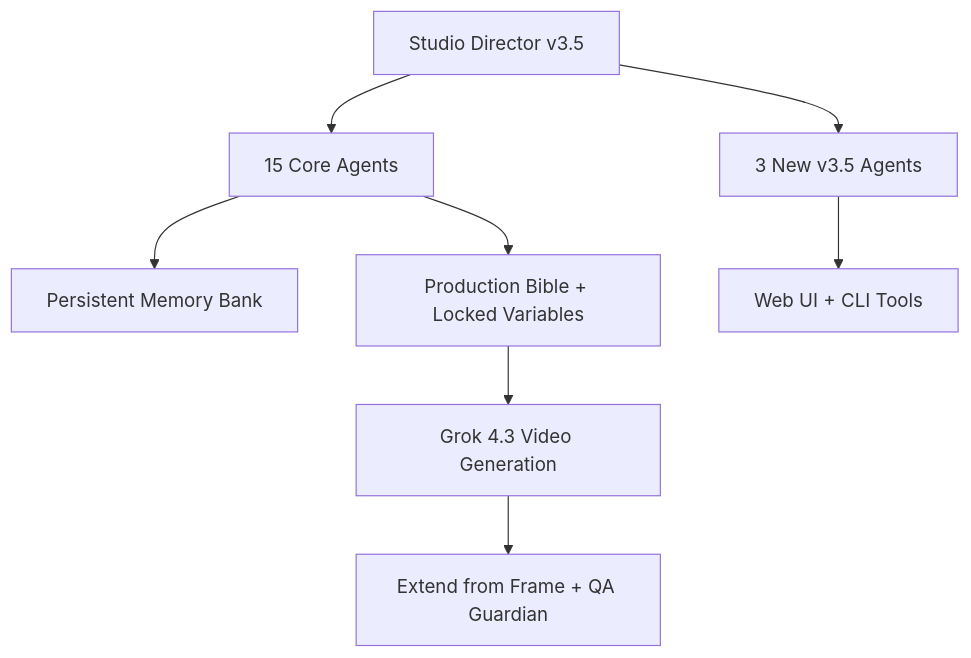
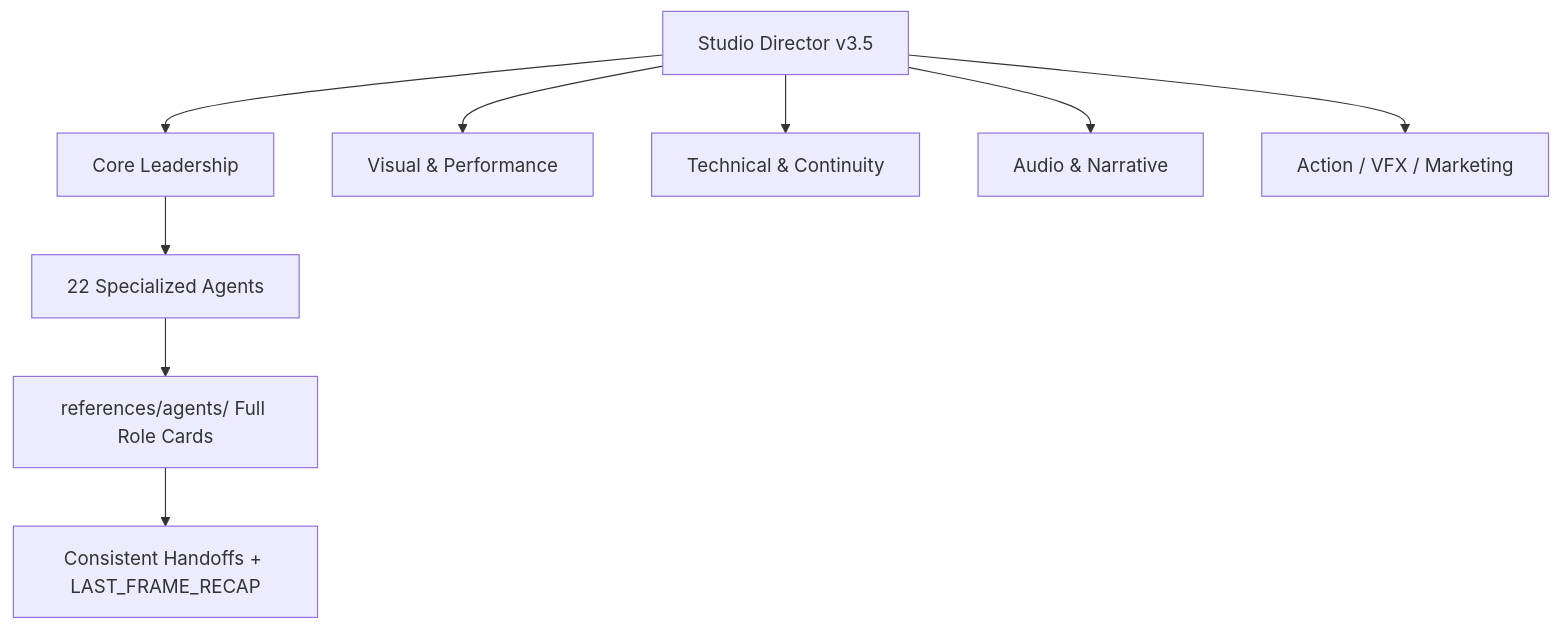
One commit to FineComputer14451/grok-imagine-cinematic-studio changed the diagram in README.md. Above: the diagram before and after it, drawn with Mermaid. The commit also changed other lines of this file, not shown here.

Commit message:
docs: Update README.md for v3.5 with correct 22-agent count, references/agents/ Role Cards, and improved quick start

````diff
--- a/README.md
+++ b/README.md
@@ -60,10 +61,11 @@
 ```mermaid
 graph TD
-    A[Studio Director v3.5] --> B[15 Core Agents]
-    A --> C[3 New v3.5 Agents]
-    B --> D[Persistent Memory Bank]
-    B --> E[Production Bible + Locked Variables]
-    C --> F[Web UI + CLI Tools]
-    E --> G[Grok 4.3 Video Generation]
-    G --> H[Extend from Frame + QA Guardian]
+    A[Studio Director v3.5] --> B[Core Leadership]
+    A --> C[Visual & Performance]
+    A --> D[Technical & Continuity]
+    A --> E[Audio & Narrative]
+    A --> F[Action / VFX / Marketing]
+    B --> G[22 Specialized Agents]
+    G --> H[references/agents/ Full Role Cards]
+    H --> I[Consistent Handoffs + LAST_FRAME_RECAP]
 ```
````
